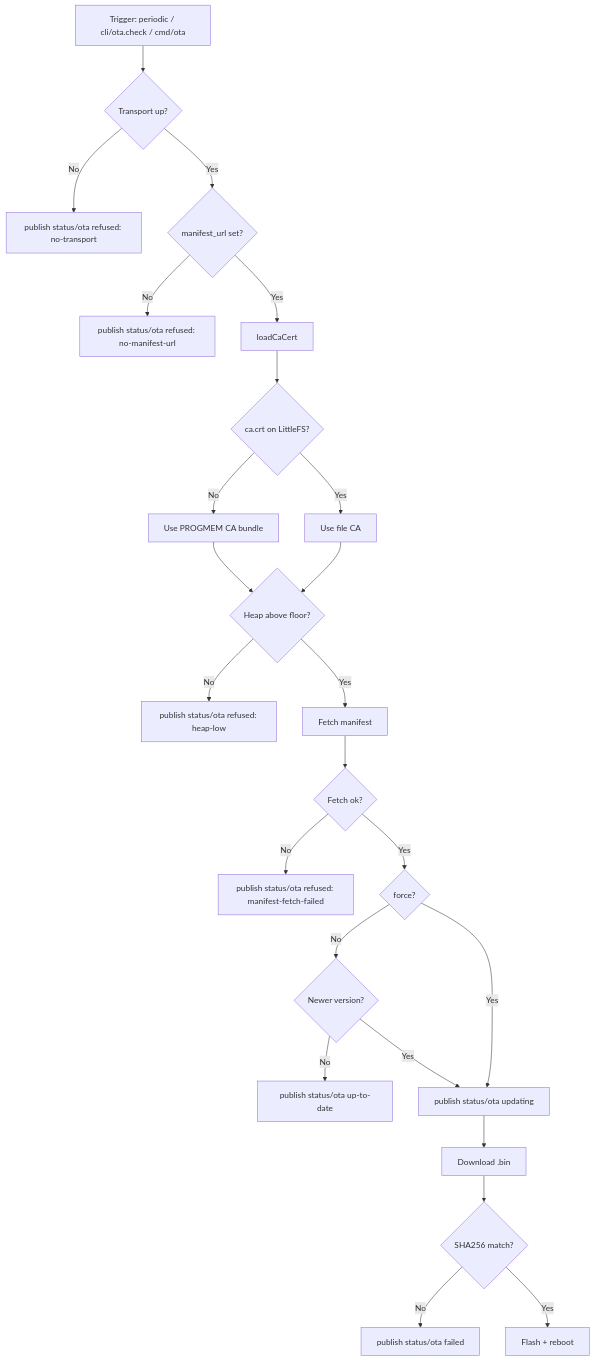
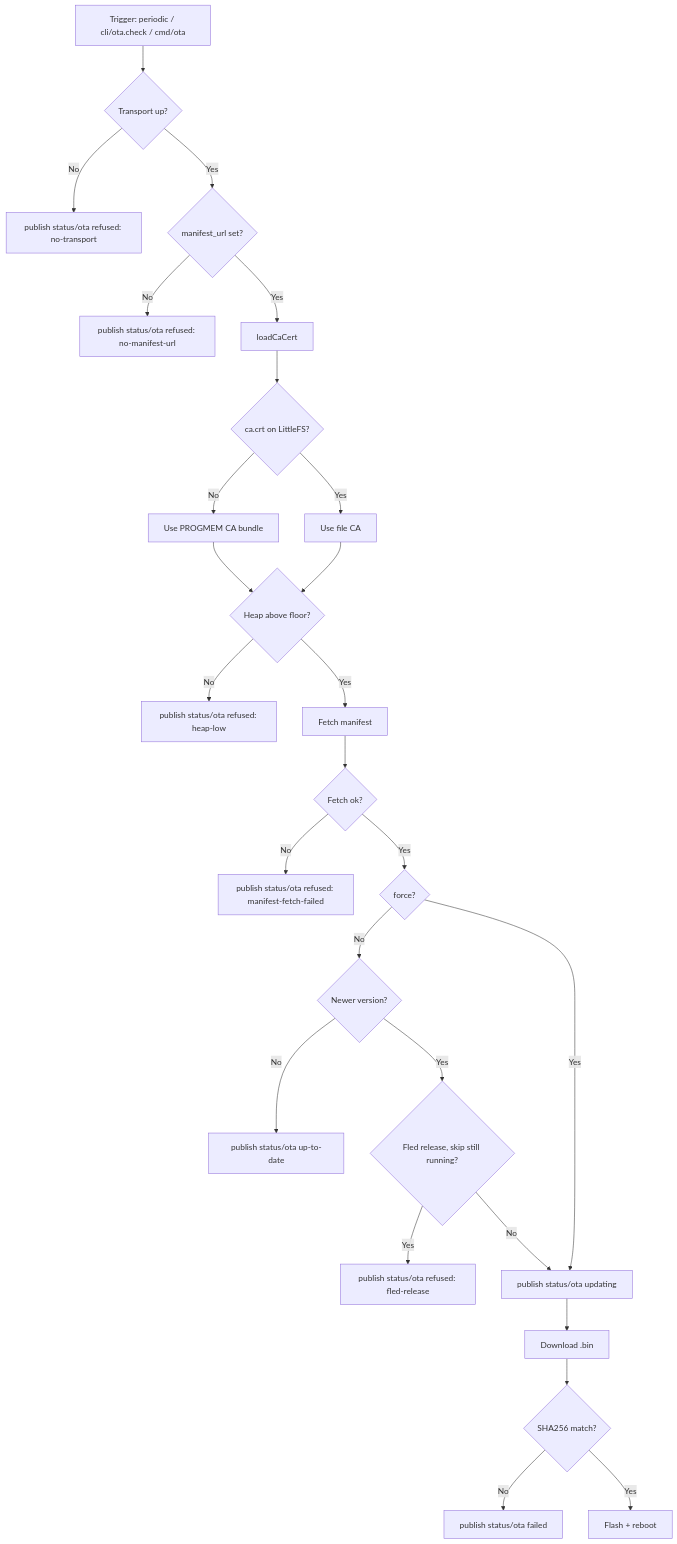
One commit to Thesada/thesada-doc changed the second of 2 diagrams in firmware/architecture/connectivity.md. Above: the diagram before and after it, drawn with Mermaid. The commit also changed other lines of this file and 3 other files, not shown here.

First line of the commit message:
docs: ota rollback, crash streak and fled skip

````diff
--- a/firmware/architecture/connectivity.md
+++ b/firmware/architecture/connectivity.md
@@ -40,26 +40,28 @@
 ```mermaid
 flowchart TD
     A[Trigger: periodic / cli/ota.check / cmd/ota] --> B{Transport up?}
     B -->|No| R1[publish status/ota refused: no-transport]
     B -->|Yes| C{manifest_url set?}
     C -->|No| R2[publish status/ota refused: no-manifest-url]
     C -->|Yes| D[loadCaCert]
     D --> E{ca.crt on LittleFS?}
     E -->|Yes| G[Use file CA]
     E -->|No| F[Use PROGMEM CA bundle]
     F --> H{Heap above floor?}
     G --> H
     H -->|No| R3[publish status/ota refused: heap-low]
     H -->|Yes| I[Fetch manifest]
     I --> J{Fetch ok?}
     J -->|No| R4[publish status/ota refused: manifest-fetch-failed]
     J -->|Yes| K{force?}
     K -->|No| L{Newer version?}
     L -->|No| M[publish status/ota up-to-date]
-    L -->|Yes| N[publish status/ota updating]
+    L -->|Yes| FL{Fled release, skip still running?}
+    FL -->|Yes| R5[publish status/ota refused: fled-release]
+    FL -->|No| N[publish status/ota updating]
     K -->|Yes| N
     N --> O[Download .bin]
     O --> P{SHA256 match?}
     P -->|No| Q[publish status/ota failed]
     P -->|Yes| S[Flash + reboot]
 ```
````
